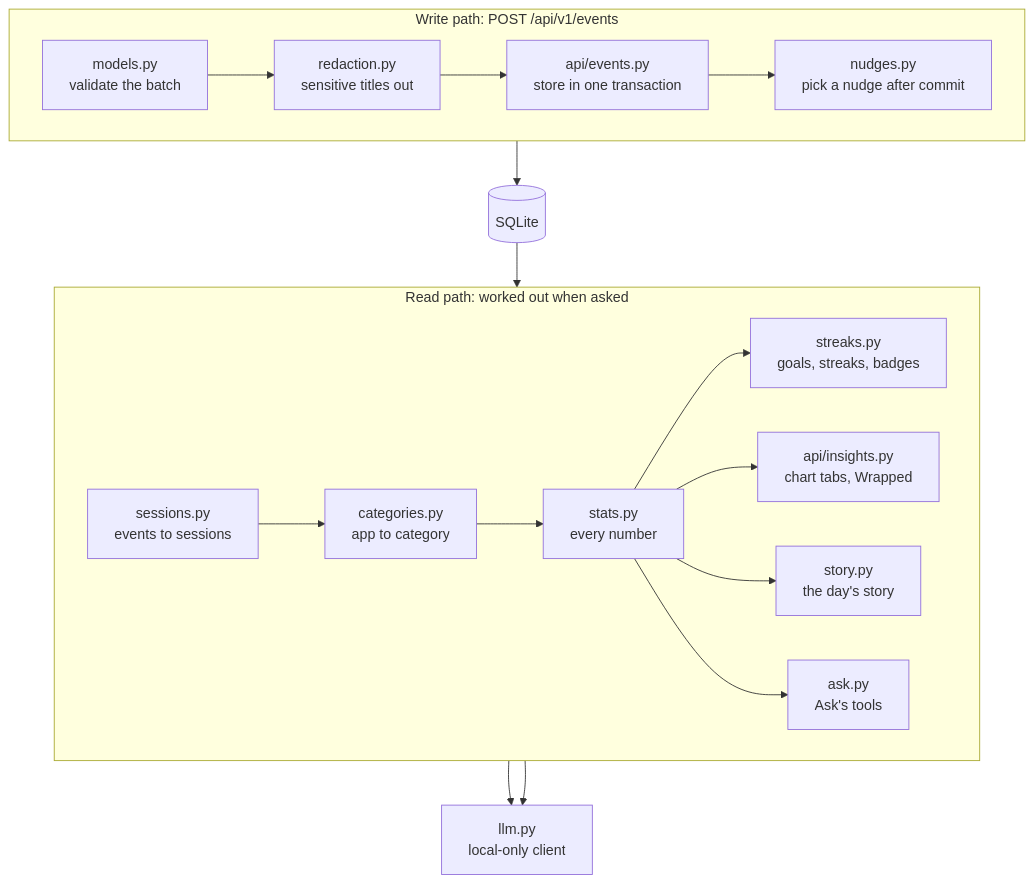
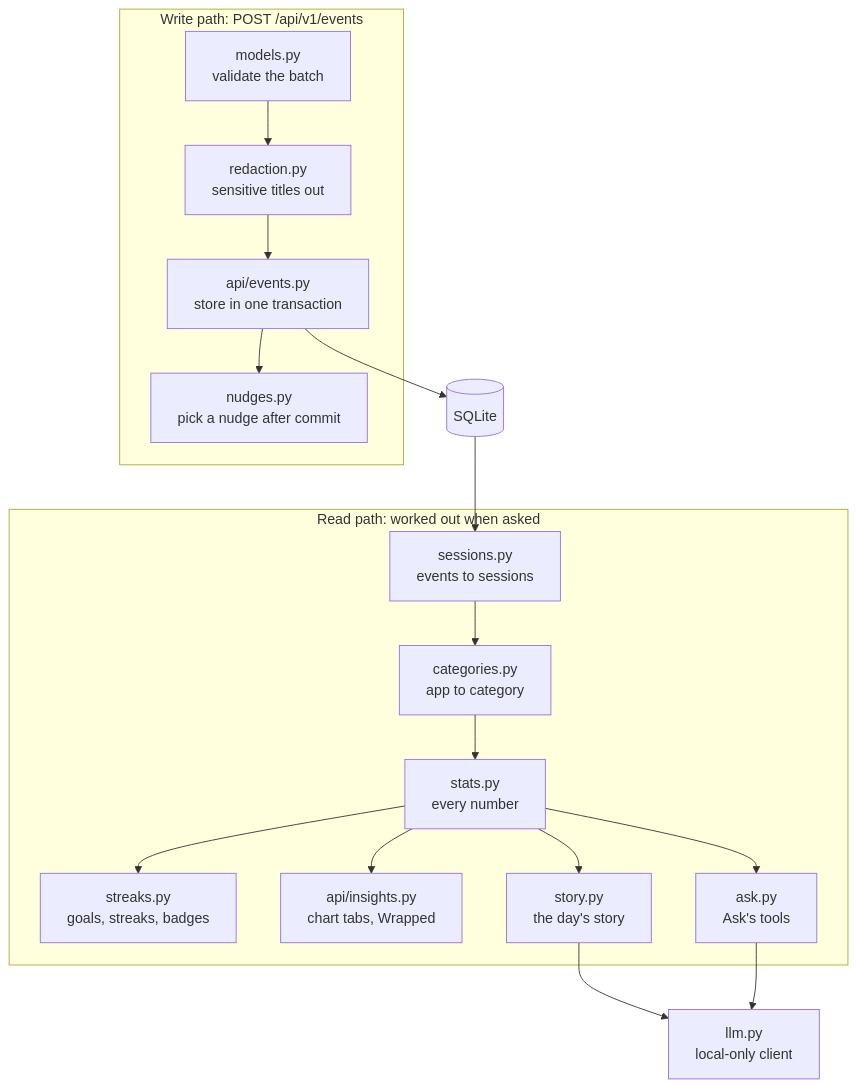
The second of 6 diagrams in docs/architecture.md (SaiGaneshPS/daytrace), drawn with Mermaid before and after one commit. The commit also changed other lines of this file and 6 other files, not shown here.

````diff
--- a/docs/architecture.md
+++ b/docs/architecture.md
@@ -45,22 +51,20 @@
 ```mermaid
 flowchart TB
   subgraph write["Write path: POST /api/v1/events"]
-    direction LR
     validate["models.py<br/>validate the batch"] --> redact["redaction.py<br/>sensitive titles out"]
     redact --> store["api/events.py<br/>store in one transaction"]
     store --> nudge["nudges.py<br/>pick a nudge after commit"]
   end
   store --> db[("SQLite")]
   subgraph read["Read path: worked out when asked"]
-    direction LR
     sessions["sessions.py<br/>events to sessions"] --> cats["categories.py<br/>app to category"]
     cats --> stats["stats.py<br/>every number"]
     stats --> streaks["streaks.py<br/>goals, streaks, badges"]
     stats --> insights["api/insights.py<br/>chart tabs, Wrapped"]
     stats --> story["story.py<br/>the day's story"]
     stats --> ask["ask.py<br/>Ask's tools"]
   end
   db --> sessions
   story --> llm["llm.py<br/>local-only client"]
   ask --> llm
 ```
````
